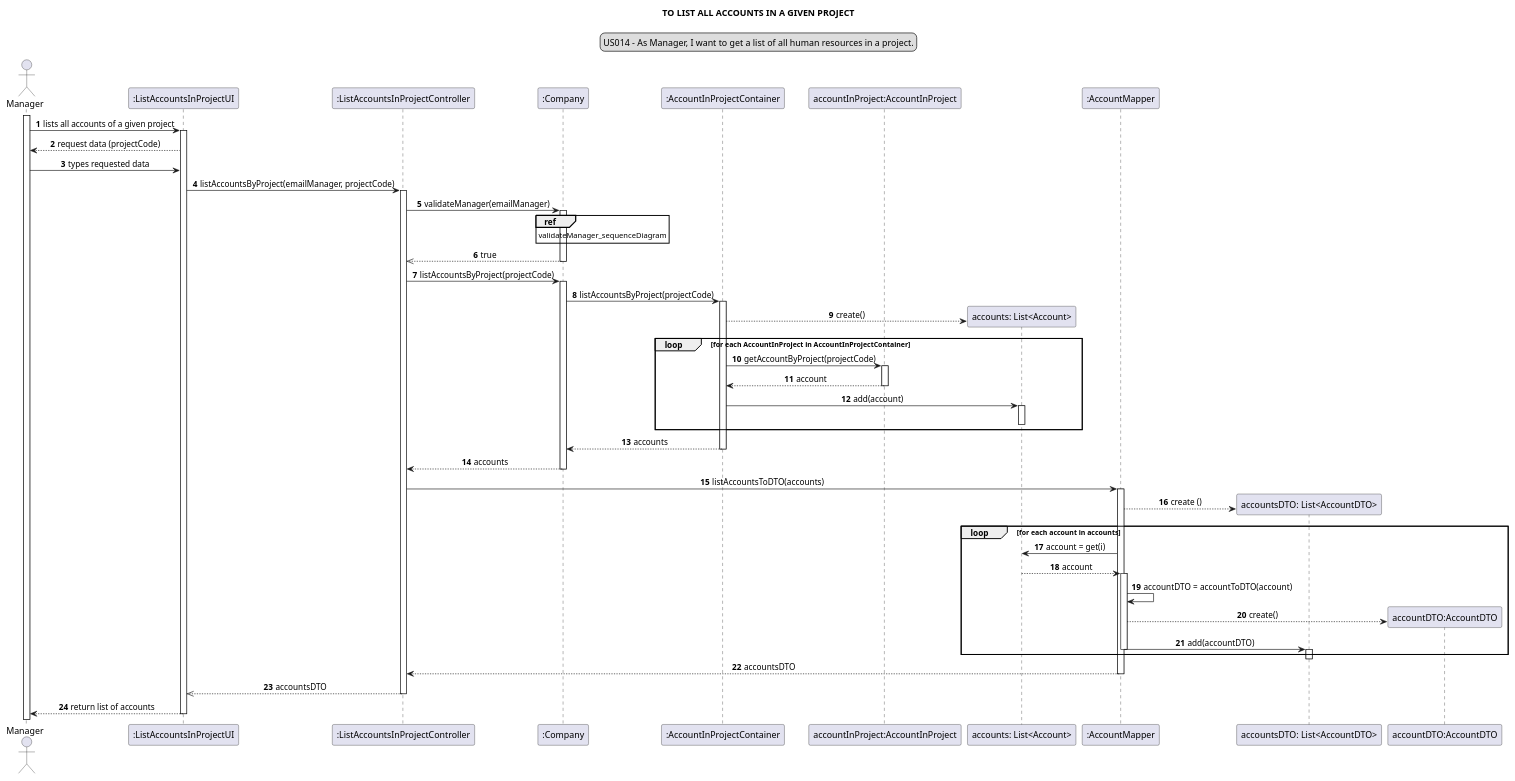
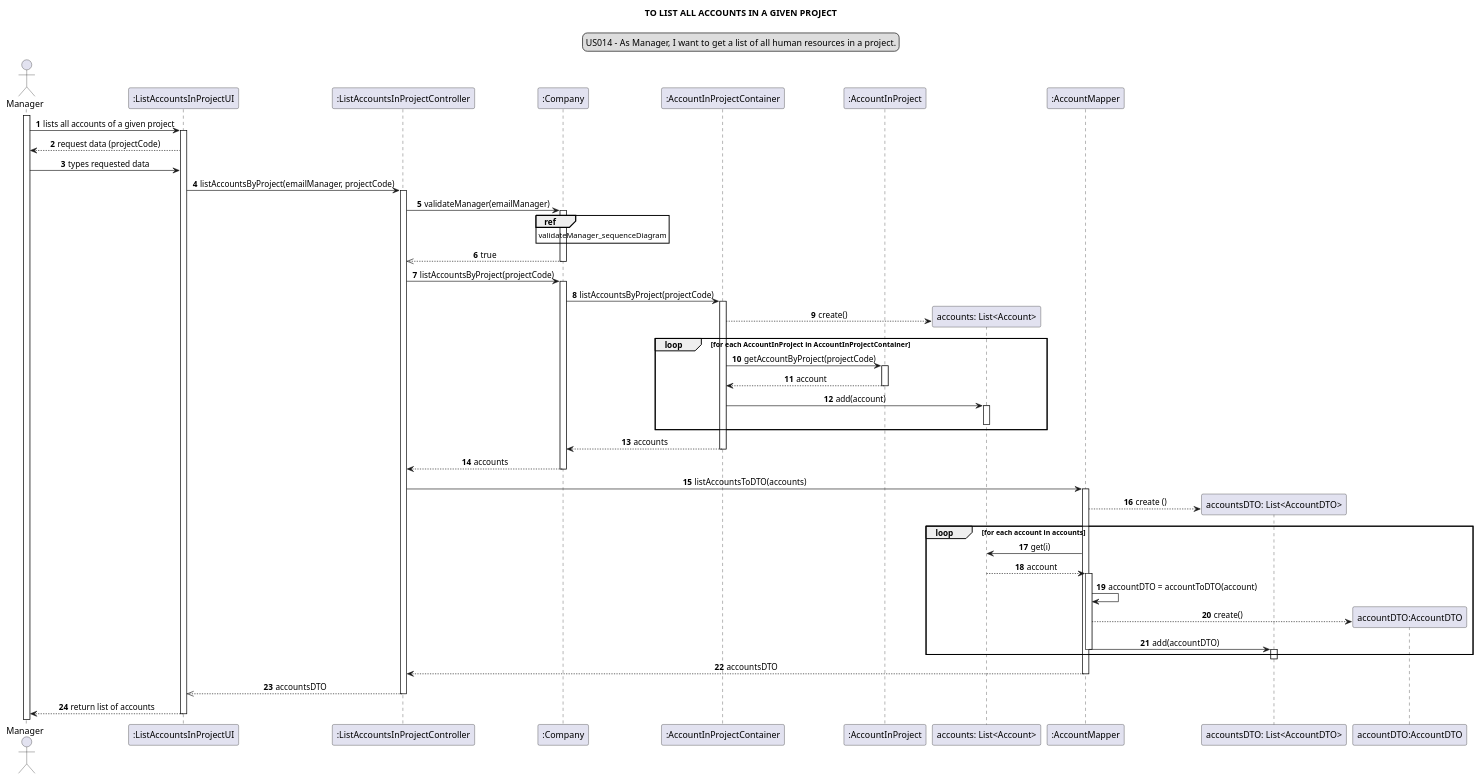
One commit to Loracline/project_switch_22-23 changed the diagram in docs/modelling_design/user_stories/sprint02/us014/US014_sequenceDiagram.puml. Above: the diagram before and after it, drawn with PlantUML. The commit also changed 3 other files, not shown here.

Commit message:
US 014 : Design  : refinement of sequence diagram

```diff
--- a/docs/modelling_design/user_stories/sprint02/us014/US014_sequenceDiagram.puml
+++ b/docs/modelling_design/user_stories/sprint02/us014/US014_sequenceDiagram.puml
@@ -1,71 +1,71 @@
 @startuml
 skinparam sequenceMessageAlign center
 title TO LIST ALL ACCOUNTS IN A GIVEN PROJECT
 legend top
 US014 - As Manager, I want to get a list of all human resources in a project.
 end legend
 autonumber
 actor Manager
 participant ":ListAccountsInProjectUI" as ui
 participant ":ListAccountsInProjectController" as controller
 participant ":Company" as company
 participant ":AccountInProjectContainer" as aipc
-participant "accountInProject:AccountInProject" as aip
+participant ":AccountInProject" as aip
 participant "accounts: List<Account>" as list
 participant ":AccountMapper" as mapper
 participant "accountsDTO: List<AccountDTO>" as listDTO
 participant "accountDTO:AccountDTO" as DTO
 activate Manager
 Manager -> ui: lists all accounts of a given project
 activate ui
 ui --> Manager: request data (projectCode)
 Manager -> ui: types requested data
 ui -> controller: listAccountsByProject(emailManager, projectCode)
 activate controller
 controller -> company: validateManager(emailManager)
 activate company
 ref over company: validateManager_sequenceDiagram
 company -->> controller: true
 deactivate company
 controller -> company: listAccountsByProject(projectCode)
 activate company
 company -> aipc: listAccountsByProject(projectCode)
 activate aipc
 create list
 aipc --> list :create()
 loop for each AccountInProject in AccountInProjectContainer
 aipc -> aip : getAccountByProject(projectCode)
 activate aip
 aip --> aipc : account
 deactivate aip
 aipc -> list : add(account)
 activate list
 deactivate list
 end loop
 aipc --> company : accounts
 deactivate aipc
 company --> controller: accounts
 deactivate company
 controller -> mapper: listAccountsToDTO(accounts)
 activate mapper
 create listDTO
 mapper --> listDTO: create ()
 loop for each account in accounts
-mapper -> list: account = get(i)
+mapper -> list: get(i)
 list --> mapper: account
 activate mapper
 mapper -> mapper : accountDTO = accountToDTO(account)
 create DTO
 mapper --> DTO : create()
 mapper ->listDTO :add(accountDTO)
 deactivate mapper
 activate listDTO
 end loop
 deactivate listDTO
 mapper --> controller :accountsDTO
 deactivate mapper
 controller -->> ui: accountsDTO
 deactivate controller
 ui --> Manager: return list of accounts
 deactivate ui
 @enduml
```
